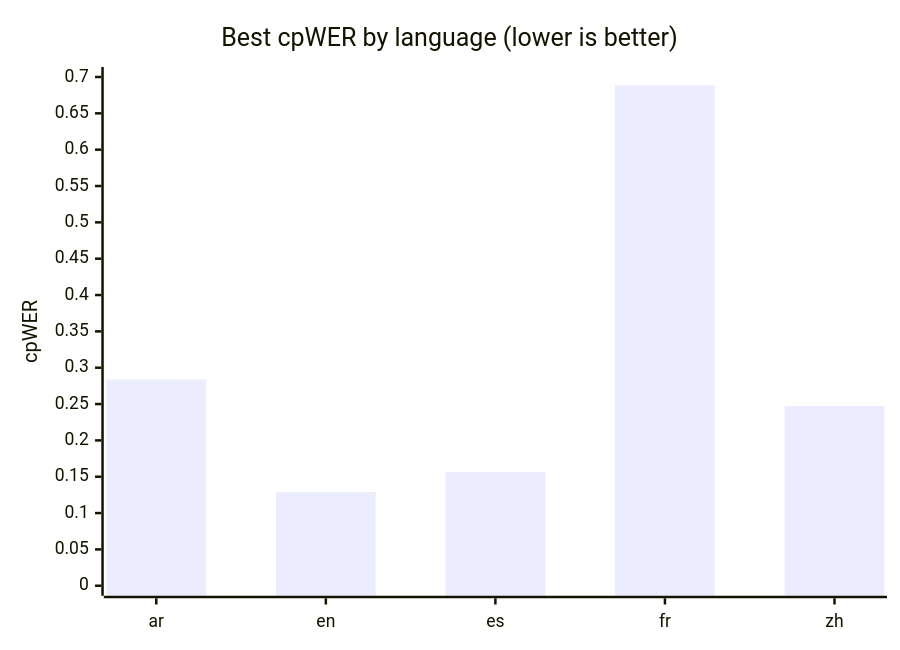
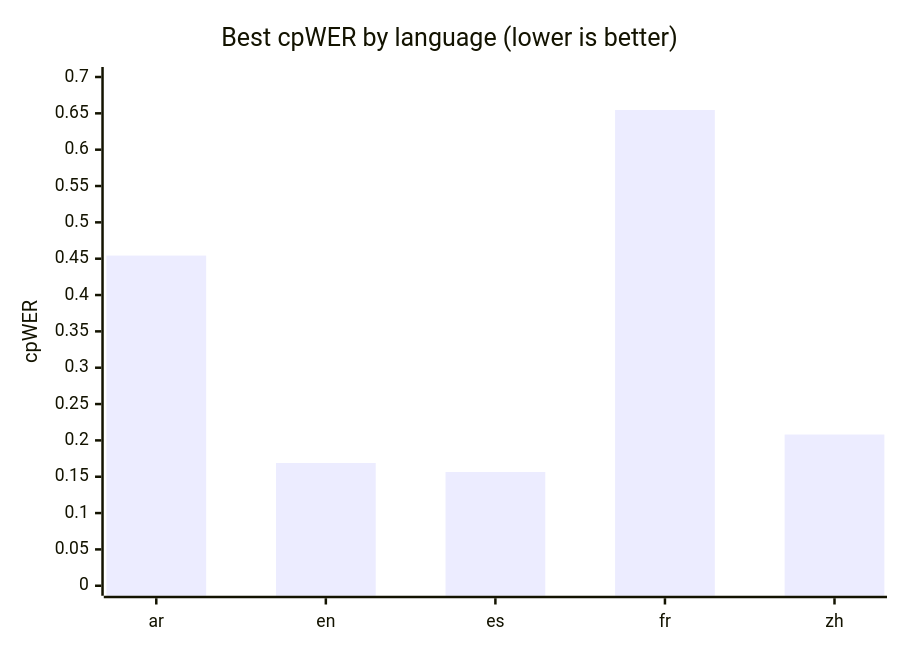
One commit to nkhaloo/speech-stack-benchmark changed the fifth of 5 diagrams in docs/results.md. Above: the diagram before and after it, drawn with Mermaid. The commit also changed other lines of this file and 2 other files, not shown here.

````diff
--- a/docs/results.md
+++ b/docs/results.md
@@ -247,7 +240,7 @@
 ```mermaid
 xychart-beta
     title "Best cpWER by language (lower is better)"
     x-axis ["ar", "en", "es", "fr", "zh"]
     y-axis "cpWER" 0 --> 0.7
-    bar [0.2838, 0.1287, 0.1566, 0.6886, 0.2472]
+    bar [0.4543, 0.1689, 0.1565, 0.6546, 0.2081]
 ```
````
